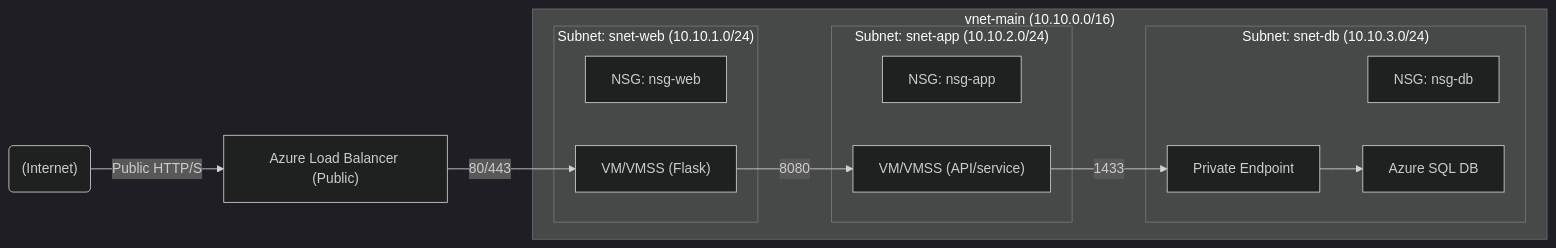
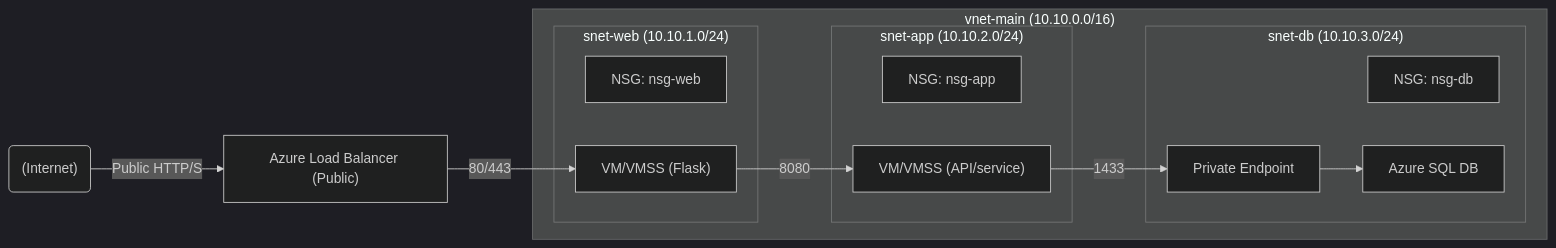
One commit to Ch3rry-Pi3-Azure/Azure-3-Tier-VNet changed the first of 8 diagrams in README.md. Above: the diagram before and after it, drawn with Mermaid (dark theme).

Commit message:
Fix subnet labels in mermaid diagram

````diff
--- a/README.md
+++ b/README.md
@@ -44,24 +44,24 @@
 ```mermaid
 flowchart LR
     Internet("(Internet)") -->|Public HTTP/S| LB["Azure Load Balancer (Public)"]
     subgraph VNet["vnet-main (10.10.0.0/16)"]
-        subgraph Web["Subnet: snet-web (10.10.1.0/24)"]
+        subgraph Web["snet-web (10.10.1.0/24)"]
             WebNSG["NSG: nsg-web"]
             WebVM["VM/VMSS (Flask)"]
         end
-        subgraph App["Subnet: snet-app (10.10.2.0/24)"]
+        subgraph App["snet-app (10.10.2.0/24)"]
             AppNSG["NSG: nsg-app"]
             AppVM["VM/VMSS (API/service)"]
         end
-        subgraph Db["Subnet: snet-db (10.10.3.0/24)"]
+        subgraph Db["snet-db (10.10.3.0/24)"]
             DbNSG["NSG: nsg-db"]
             PE[Private Endpoint]
             SQL[Azure SQL DB]
         end
     end
     LB -->|80/443| WebVM
     WebVM -->|8080| AppVM
     AppVM -->|1433| PE
     PE --> SQL
     
 ```
````
